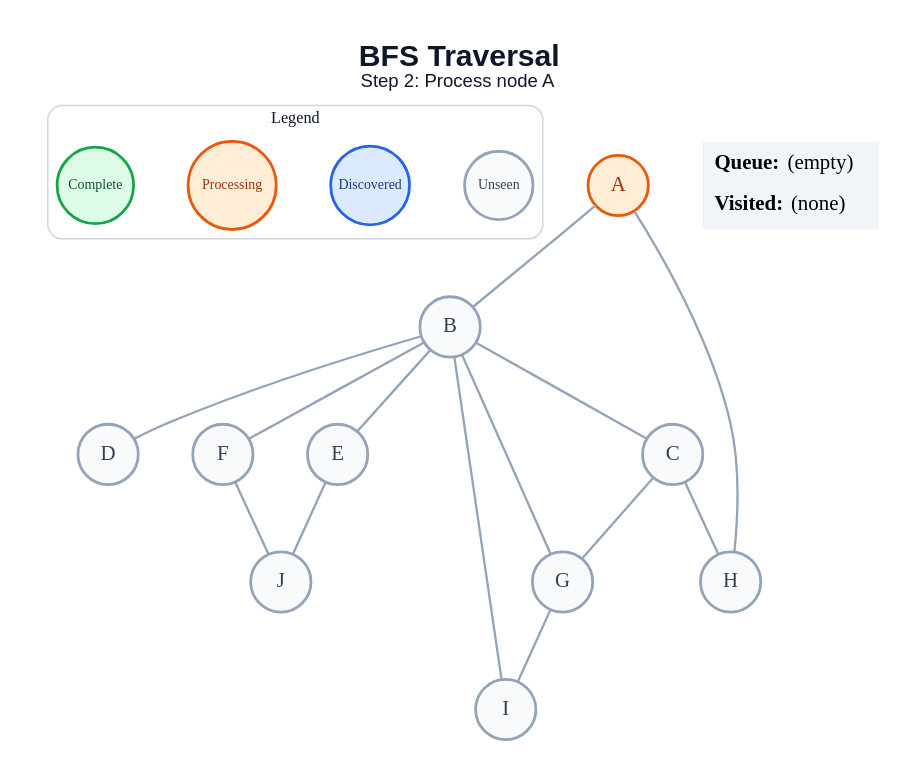
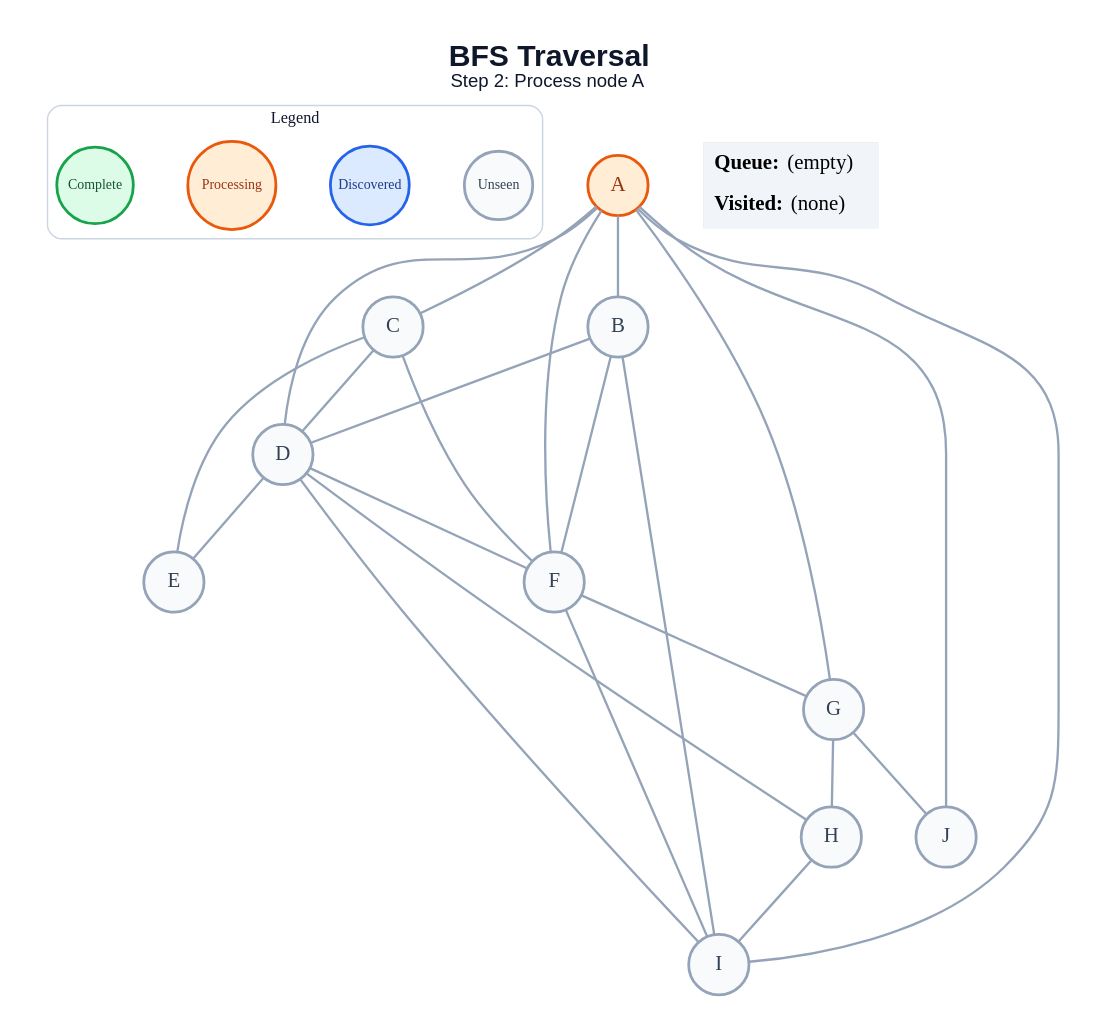
The diagram in generated/bfs/step_02.dot (amanghodawala9/ai-slop), drawn with Graphviz before and after one commit. The commit also changed 178 other files, not shown here.

```diff
--- a/generated/bfs/step_02.dot
+++ b/generated/bfs/step_02.dot
@@ -1,42 +1,51 @@
 graph traversal {
   graph [layout=dot, rankdir=TB, bgcolor="#FFFFFF", pad="0.35", nodesep="0.65", ranksep="0.8", fontname="Arial"];
   node [shape=circle, style="filled", fontname="Arial Bold", fontsize=18, width=0.72, fixedsize=true, penwidth=2.4];
   edge [color="#94A3B8", penwidth=2.0];
   label=<<B>BFS Traversal</B><BR/><FONT POINT-SIZE="16">Step 2: Process node A</FONT>>; labelloc="t"; fontsize=26; fontname="Arial"; fontcolor="#0F172A";
   subgraph cluster_legend { label="Legend"; color="#CBD5E1"; penwidth=1.2; style="rounded"; fontsize=14; fontname="Arial Bold";
     key_unseen [label="Unseen", fillcolor="#F8FAFC", color="#94A3B8", fontcolor="#334155", fontsize=12, width=0.82];
     key_frontier [label="Discovered", fillcolor="#DBEAFE", color="#2563EB", fontcolor="#1E3A8A", fontsize=12, width=0.95];
     key_current [label="Processing", fillcolor="#FFEDD5", color="#EA580C", fontcolor="#9A3412", fontsize=12, width=1.05];
     key_done [label="Complete", fillcolor="#DCFCE7", color="#16A34A", fontcolor="#14532D", fontsize=12, width=0.92];
     { rank=same; key_unseen; key_frontier; key_current; key_done; }
   }
   A [fillcolor="#FFEDD5", color="#EA580C", fontcolor="#9A3412"];
   B [fillcolor="#F8FAFC", color="#94A3B8", fontcolor="#334155"];
   C [fillcolor="#F8FAFC", color="#94A3B8", fontcolor="#334155"];
   D [fillcolor="#F8FAFC", color="#94A3B8", fontcolor="#334155"];
   E [fillcolor="#F8FAFC", color="#94A3B8", fontcolor="#334155"];
   F [fillcolor="#F8FAFC", color="#94A3B8", fontcolor="#334155"];
   G [fillcolor="#F8FAFC", color="#94A3B8", fontcolor="#334155"];
   H [fillcolor="#F8FAFC", color="#94A3B8", fontcolor="#334155"];
   I [fillcolor="#F8FAFC", color="#94A3B8", fontcolor="#334155"];
   J [fillcolor="#F8FAFC", color="#94A3B8", fontcolor="#334155"];
   A -- B;
-  A -- H;
-  B -- C;
+  A -- C;
+  A -- D;
+  A -- F;
+  A -- G;
+  A -- I;
+  A -- J;
   B -- D;
-  B -- E;
   B -- F;
-  B -- G;
   B -- I;
-  C -- G;
-  C -- H;
-  E -- J;
-  F -- J;
-  G -- I;
+  C -- D;
+  C -- E;
+  C -- F;
+  D -- E;
+  D -- F;
+  D -- H;
+  D -- I;
+  F -- G;
+  F -- I;
+  G -- H;
+  G -- J;
+  H -- I;
   status [shape=plain, fixedsize=false, width=0, height=0, margin=0, label=<
     <TABLE BORDER="0" CELLBORDER="0" CELLPADDING="7" BGCOLOR="#F1F5F9">
       <TR><TD ALIGN="LEFT"><B>Queue:</B> (empty)</TD></TR>
       <TR><TD ALIGN="LEFT"><B>Visited:</B> (none)</TD></TR>
     </TABLE>
   >];
 }
```
